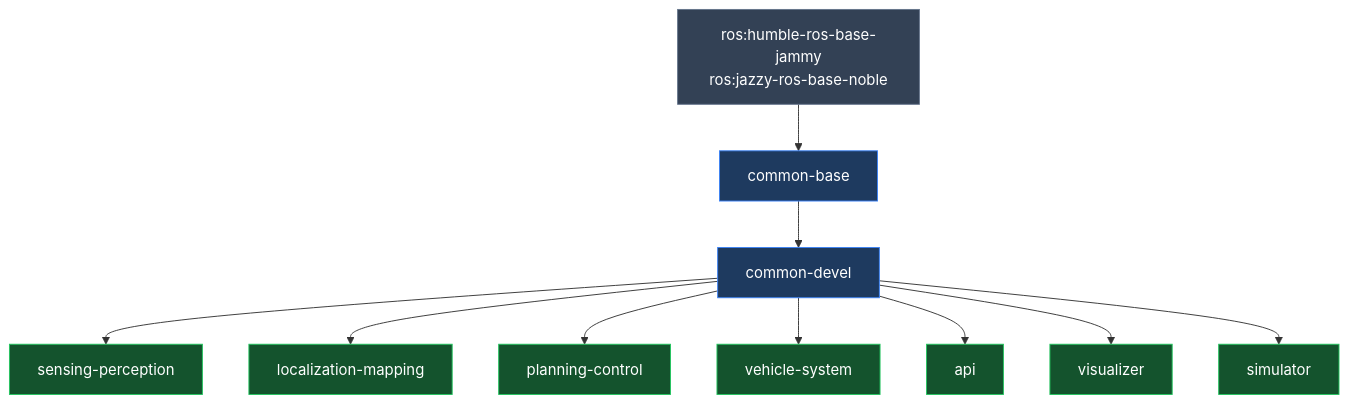
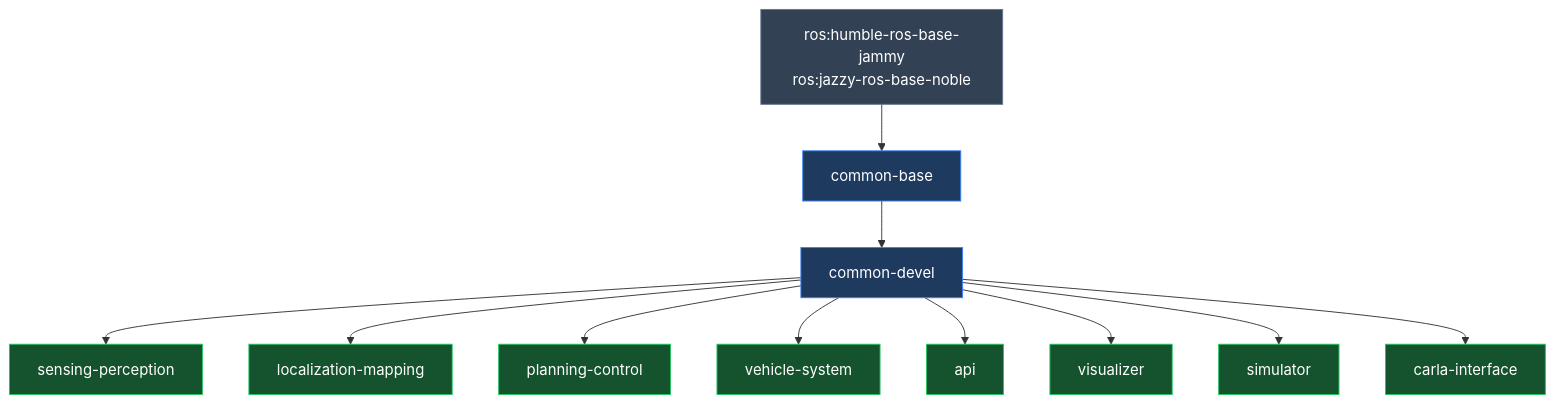
Before and after one commit to autowarefoundation/openadkit: the diagram in components/README.md, drawn with Mermaid. The commit also changed other lines of this file and 17 other files, not shown here.

````diff
--- a/components/README.md
+++ b/components/README.md
@@ -9,21 +9,23 @@
 ```mermaid
 flowchart TB
     ROS["ros:humble-ros-base-jammy<br/>ros:jazzy-ros-base-noble"] --> CB["common-base"]
     CB --> CD["common-devel"]
 
     CD --> SP["sensing-perception"]
     CD --> LM["localization-mapping"]
     CD --> PC["planning-control"]
     CD --> VS["vehicle-system"]
     CD --> API["api"]
     CD --> VIZ["visualizer"]
     CD --> SIM["simulator"]
+    CD --> CARLA["carla-interface"]
 
     classDef ros fill:#334155,stroke:#64748b,color:#fff
     classDef common fill:#1e3a5f,stroke:#3b82f6,color:#fff
     classDef component fill:#14532d,stroke:#22c55e,color:#fff
 
     class ROS ros
     class CB,CD common
-    class SP,LM,PC,VS,API,VIZ,SIM component
+    class SP,LM,PC,VS,API,VIZ,SIM,CARLA component
+
 ```
````
